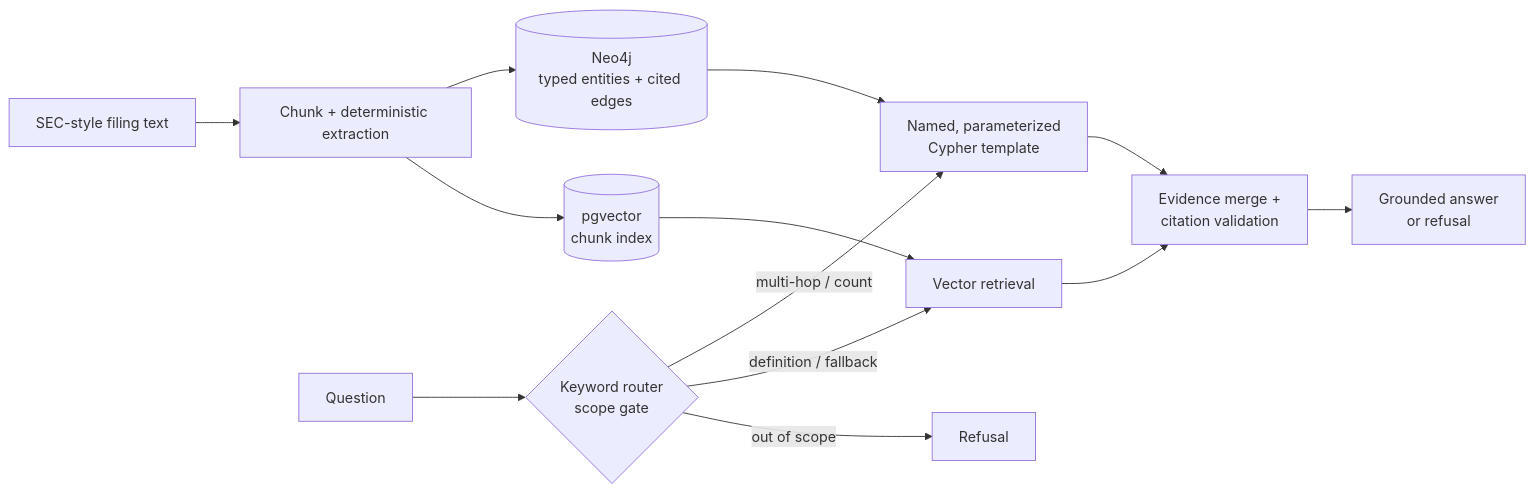
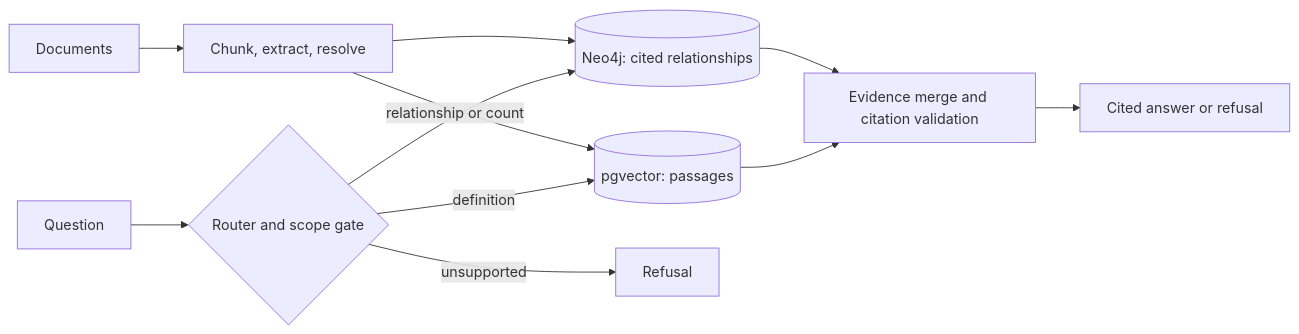
The diagram in README.md (dgexplores/Knowledge_Graph_RAG), drawn with Mermaid before and after one commit. The commit also changed other lines of this file, not shown here.

````diff
--- a/README.md
+++ b/README.md
@@ -161,15 +105,13 @@
 ```mermaid
 flowchart LR
-    A[SEC-style filing text] --> B[Chunk + deterministic extraction]
-    B --> C[(Neo4j\ntyped entities + cited edges)]
-    B --> D[(pgvector\nchunk index)]
-    Q[Question] --> R{Keyword router\nscope gate}
-    R -->|multi-hop / count| G[Named, parameterized\nCypher template]
-    R -->|definition / fallback| V[Vector retrieval]
-    R -->|out of scope| X[Refusal]
-    C --> G
-    D --> V
-    G --> M[Evidence merge +\ncitation validation]
-    V --> M
-    M --> O[Grounded answer\nor refusal]
+    A[Documents] --> B[Chunk, extract, resolve]
+    B --> C[(Neo4j: cited relationships)]
+    B --> D[(pgvector: passages)]
+    Q[Question] --> R{Router and scope gate}
+    R -->|relationship or count| C
+    R -->|definition| D
+    R -->|unsupported| X[Refusal]
+    C --> M[Evidence merge and citation validation]
+    D --> M
+    M --> O[Cited answer or refusal]
 ```
````
